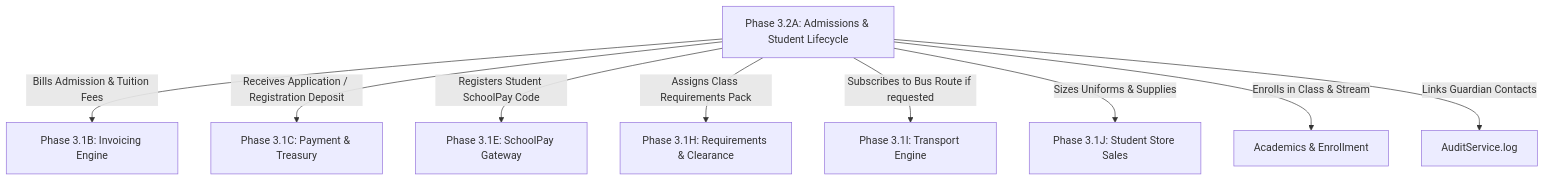
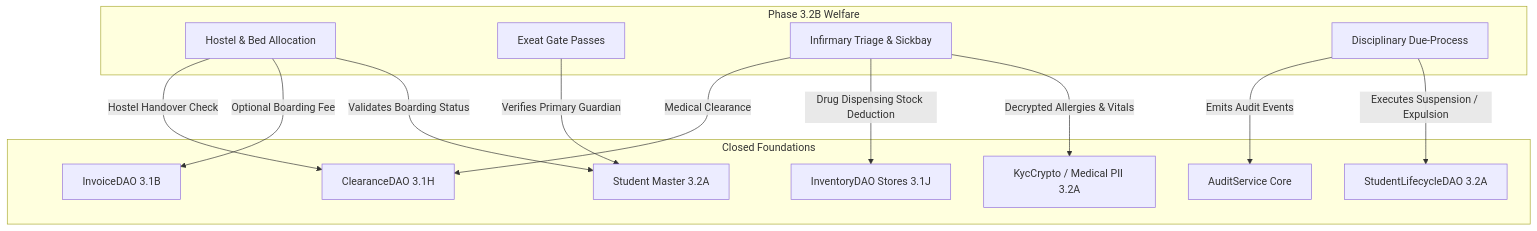
The diagram in nova/NEXT_PHASE_ROADMAP_DISCOVERY.md (Deruz20/school_management_system), drawn with Mermaid before and after one commit. The commit also changed other lines of this file and 47 other files, not shown here.

Commit message:
feat(welfare): implement Phase 3.2B student welfare, boarding, clinic, discipline & exeat engine

````diff
--- a/nova/NEXT_PHASE_ROADMAP_DISCOVERY.md
+++ b/nova/NEXT_PHASE_ROADMAP_DISCOVERY.md
@@ -199,11 +143,32 @@
 ```mermaid
 graph TD
-    ADM[Phase 3.2A: Admissions & Student Lifecycle] -->|Bills Admission & Tuition Fees| FIN_INV[Phase 3.1B: Invoicing Engine]
-    ADM -->|Receives Application / Registration Deposit| FIN_PAY[Phase 3.1C: Payment & Treasury]
-    ADM -->|Registers Student SchoolPay Code| FIN_SPAY[Phase 3.1E: SchoolPay Gateway]
-    ADM -->|Assigns Class Requirements Pack| FIN_REQ[Phase 3.1H: Requirements & Clearance]
-    ADM -->|Subscribes to Bus Route if requested| FIN_TRANS[Phase 3.1I: Transport Engine]
-    ADM -->|Sizes Uniforms & Supplies| FIN_INV_STORE[Phase 3.1J: Student Store Sales]
-    ADM -->|Enrolls in Class & Stream| ACAD[Academics & Enrollment]
-    ADM -->|Links Guardian Contacts| AUDIT[AuditService.log]
+    subgraph Phase 3.2B Welfare
+        HOSTEL[Hostel & Bed Allocation]
+        EXEAT[Exeat Gate Passes]
+        CLINIC[Infirmary Triage & Sickbay]
+        DISC[Disciplinary Due-Process]
+    end
+
+    subgraph Closed Foundations
+        STU[Student Master 3.2A]
+        LIFE[StudentLifecycleDAO 3.2A]
+        CRYPTO[KycCrypto / Medical PII 3.2A]
+        INV[InventoryDAO Stores 3.1J]
+        BILL[InvoiceDAO 3.1B]
+        CLEAR[ClearanceDAO 3.1H]
+        AUDIT[AuditService Core]
+    end
+
+    HOSTEL -->|Validates Boarding Status| STU
+    HOSTEL -->|Optional Boarding Fee| BILL
+    HOSTEL -->|Hostel Handover Check| CLEAR
+    
+    EXEAT -->|Verifies Primary Guardian| STU
+    
+    CLINIC -->|Decrypted Allergies & Vitals| CRYPTO
+    CLINIC -->|Drug Dispensing Stock Deduction| INV
+    CLINIC -->|Medical Clearance| CLEAR
+
+    DISC -->|Executes Suspension / Expulsion| LIFE
+    DISC -->|Emits Audit Events| AUDIT
 ```
````
